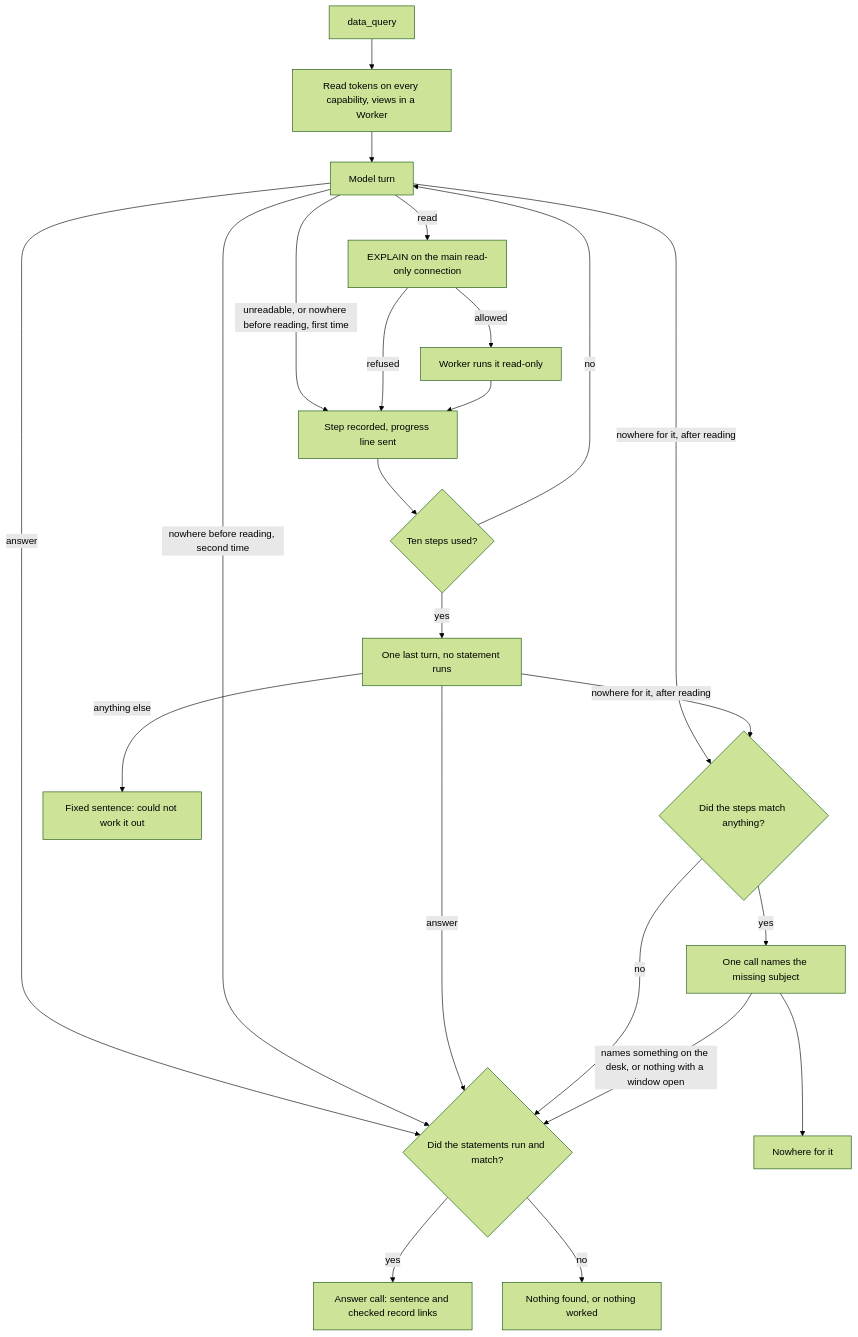
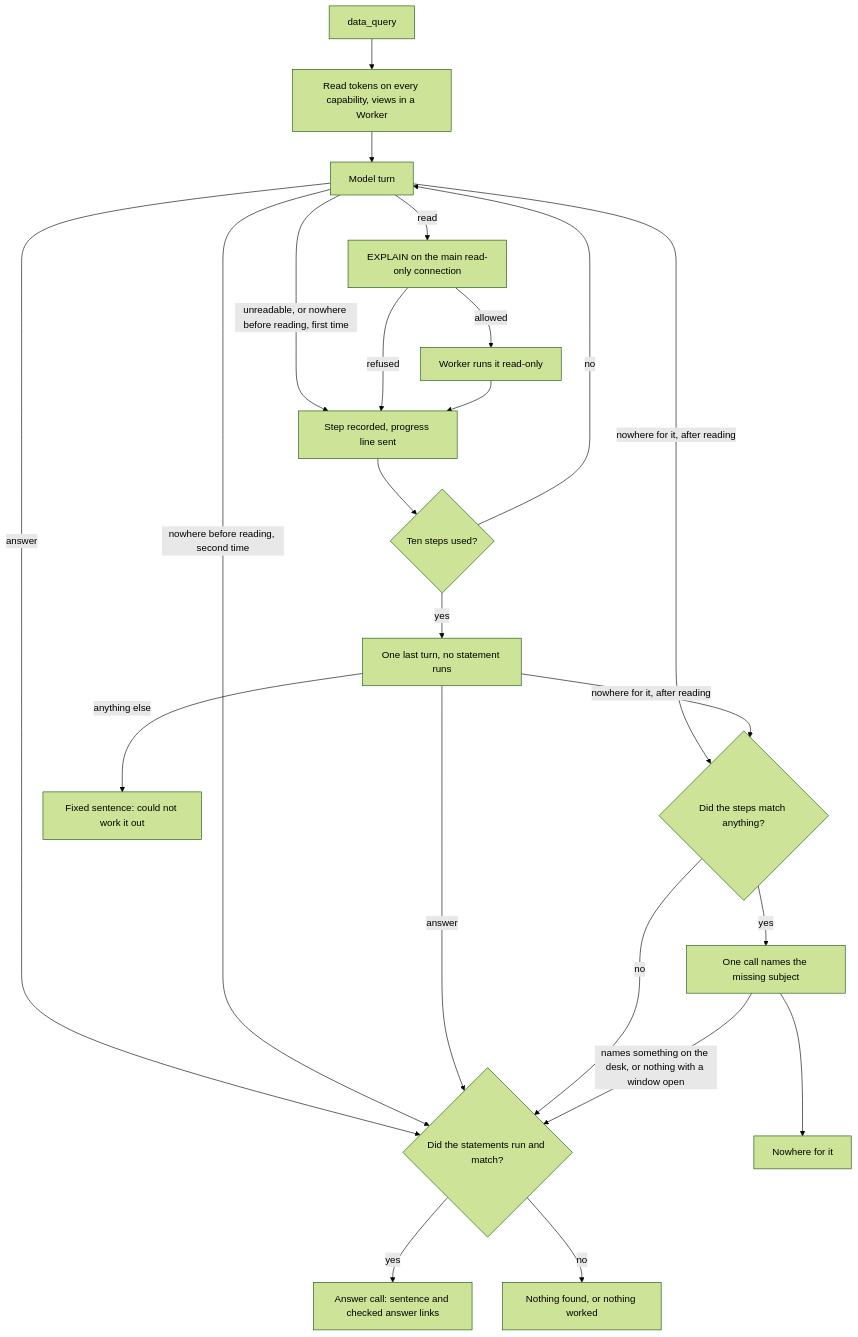
Before and after one commit to jcospina/aluna: diagram 13 of 17 in docs/architecture.md, drawn with Mermaid (forest theme). The commit also changed other lines of this file and 168 other files, not shown here.

````diff
--- a/docs/architecture.md
+++ b/docs/architecture.md
@@ -849,25 +854,25 @@
 ```mermaid
 flowchart TD
     A["data_query"] --> B["Read tokens on every capability, views in a Worker"]
     B --> C["Model turn"]
     C -->|read| D["EXPLAIN on the main read-only connection"]
     C -->|"unreadable, or nowhere before reading, first time"| S
     D -->|refused| S["Step recorded, progress line sent"]
     D -->|allowed| E["Worker runs it read-only"]
     E --> S
     S --> F{"Ten steps used?"}
     F -->|no| C
     F -->|yes| LT["One last turn, no statement runs"]
     C -->|answer| H{"Did the statements run and match?"}
     C -->|"nowhere before reading, second time"| H
     LT -->|answer| H
     C -->|"nowhere for it, after reading"| NH{"Did the steps match anything?"}
     LT -->|"nowhere for it, after reading"| NH
     LT -->|"anything else"| BS["Fixed sentence: could not work it out"]
     NH -->|no| H
     NH -->|yes| K["One call names the missing subject"]
     K -->|"names something on the desk, or nothing with a window open"| H
     K --> KN["Nowhere for it"]
-    H -->|yes| I["Answer call: sentence and checked record links"]
+    H -->|yes| I["Answer call: sentence and checked answer links"]
     H -->|no| J["Nothing found, or nothing worked"]
 ```
````
